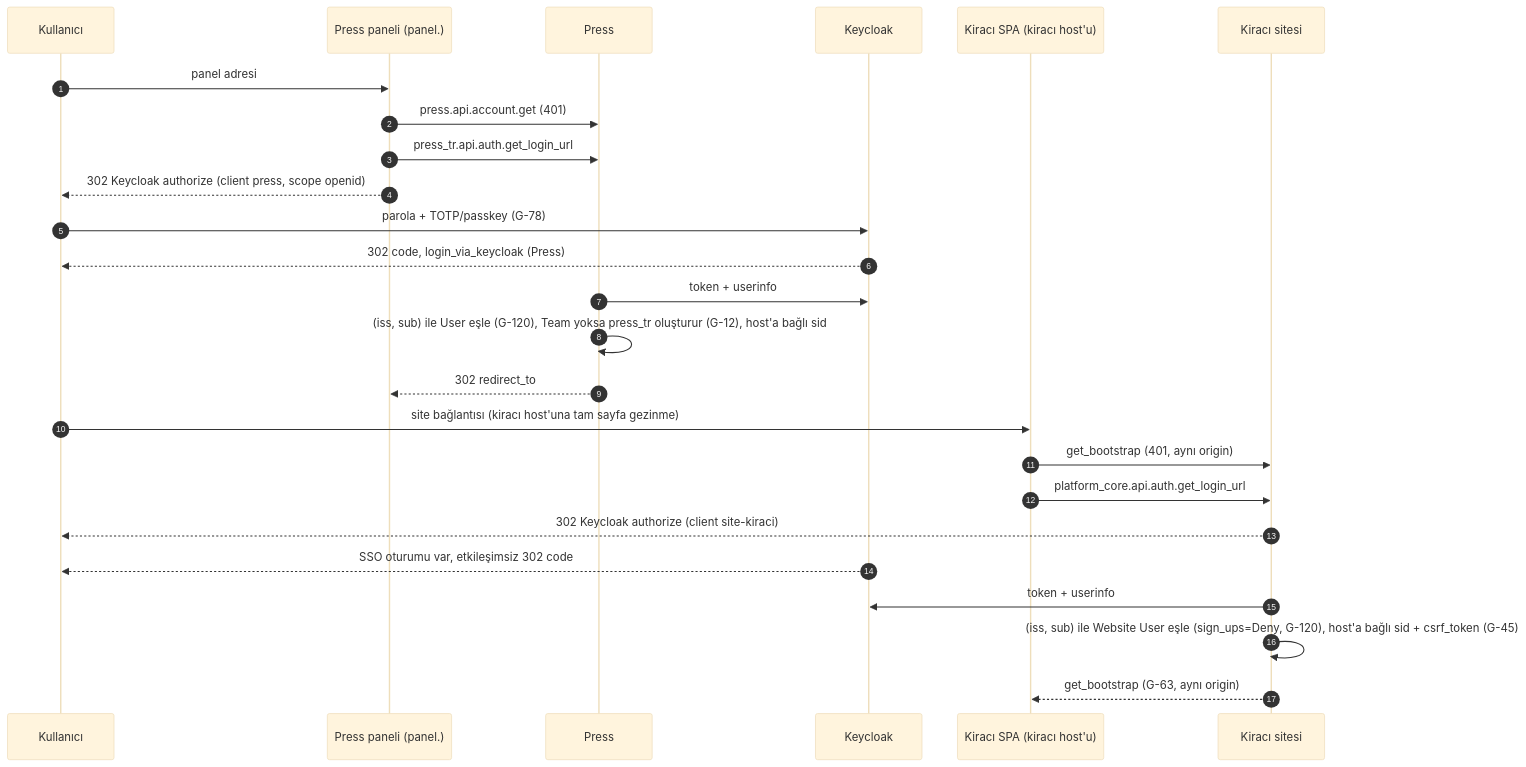
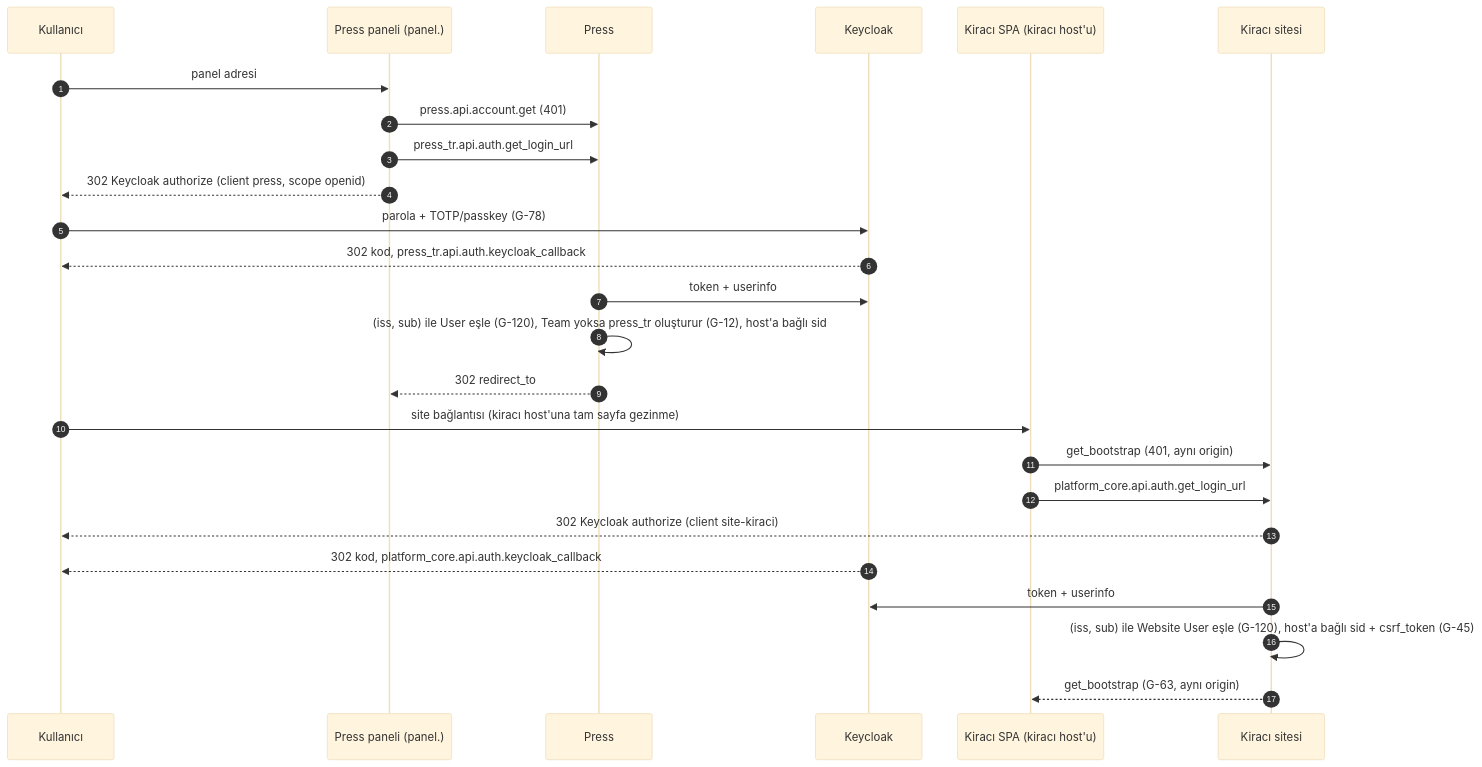
The first of 3 diagrams in src/content/docs/rail-4-keycloak.md (karacaismail/frappesetup), drawn with Mermaid (base theme) before and after one commit. The commit also changed other lines of this file and 21 other files, not shown here.

````diff
--- a/src/content/docs/rail-4-keycloak.md
+++ b/src/content/docs/rail-4-keycloak.md
@@ -51,27 +51,27 @@
 ```mermaid
 sequenceDiagram
   autonumber
   participant U as Kullanıcı
   participant P as Press paneli (panel.)
   participant PR as Press
   participant K as Keycloak
   participant T as Kiracı SPA (kiracı host'u)
   participant S as Kiracı sitesi
   U->>P: panel adresi
   P->>PR: press.api.account.get (401)
   P->>PR: press_tr.api.auth.get_login_url
   P-->>U: 302 Keycloak authorize (client press, scope openid)
   U->>K: parola + TOTP/passkey (G-78)
-  K-->>U: 302 code, login_via_keycloak (Press)
+  K-->>U: 302 kod, press_tr.api.auth.keycloak_callback
   PR->>K: token + userinfo
   PR->>PR: (iss, sub) ile User eşle (G-120), Team yoksa press_tr oluşturur (G-12), host'a bağlı sid
   PR-->>P: 302 redirect_to
   U->>T: site bağlantısı (kiracı host'una tam sayfa gezinme)
   T->>S: get_bootstrap (401, aynı origin)
   T->>S: platform_core.api.auth.get_login_url
   S-->>U: 302 Keycloak authorize (client site-kiraci)
-  K-->>U: SSO oturumu var, etkileşimsiz 302 code
+  K-->>U: 302 kod, platform_core.api.auth.keycloak_callback
   S->>K: token + userinfo
-  S->>S: (iss, sub) ile Website User eşle (sign_ups=Deny, G-120), host'a bağlı sid + csrf_token (G-45)
+  S->>S: (iss, sub) ile Website User eşle (G-120), host'a bağlı sid + csrf_token (G-45)
   S-->>T: get_bootstrap (G-63, aynı origin)
 ```
````
